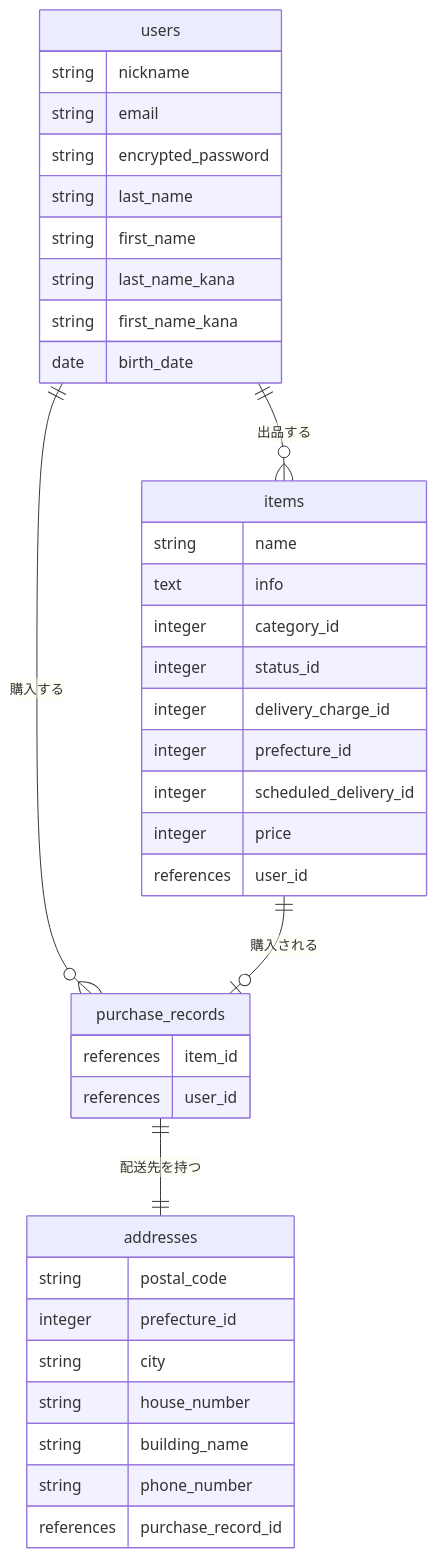
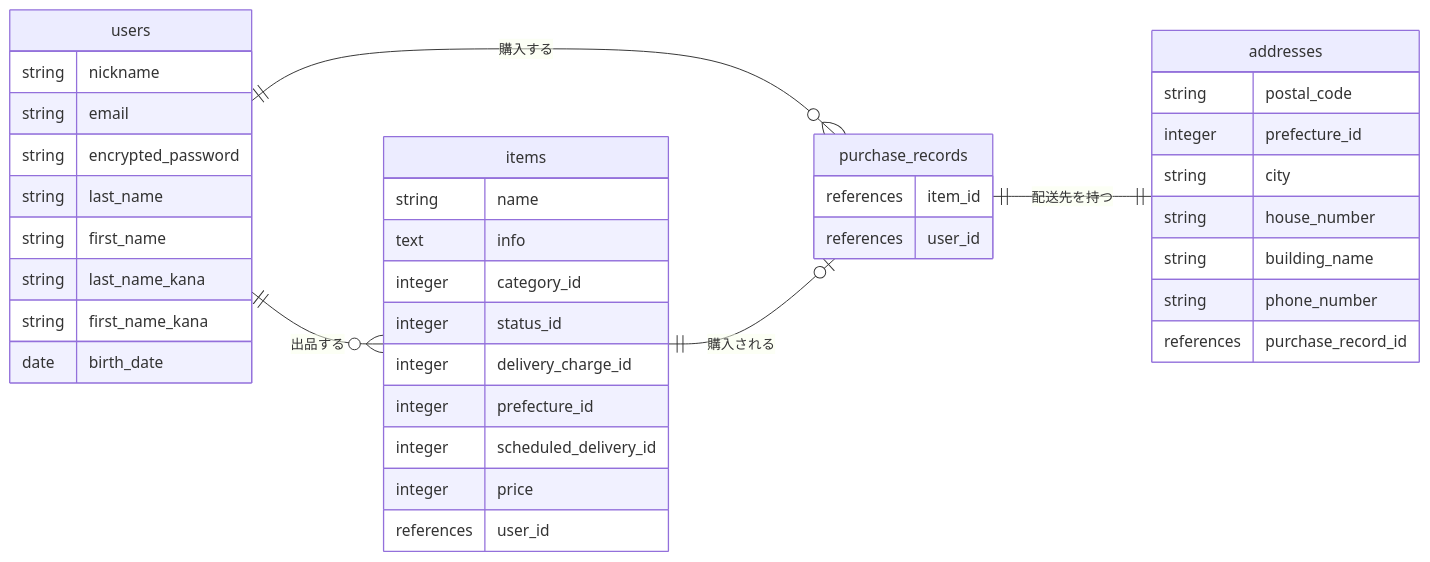
Before and after one commit to 5041kossy-pixel/furima-47781: the diagram in README.md, drawn with Mermaid.

Commit message:
Render ER diagram horizontally (direction LR)

````diff
--- a/README.md
+++ b/README.md
@@ -102,45 +102,46 @@
 ```mermaid
 erDiagram
+    direction LR
     users ||--o{ items : "出品する"
     users ||--o{ purchase_records : "購入する"
     items ||--o| purchase_records : "購入される"
     purchase_records ||--|| addresses : "配送先を持つ"
 
     users {
         string nickname
         string email
         string encrypted_password
         string last_name
         string first_name
         string last_name_kana
         string first_name_kana
         date birth_date
     }
 
     items {
         string name
         text info
         integer category_id
         integer status_id
         integer delivery_charge_id
         integer prefecture_id
         integer scheduled_delivery_id
         integer price
         references user_id
     }
 
     purchase_records {
         references item_id
         references user_id
     }
 
     addresses {
         string postal_code
         integer prefecture_id
         string city
         string house_number
         string building_name
         string phone_number
         references purchase_record_id
     }
 ```
````
